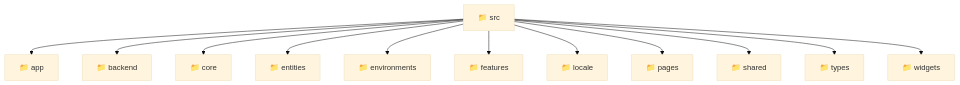
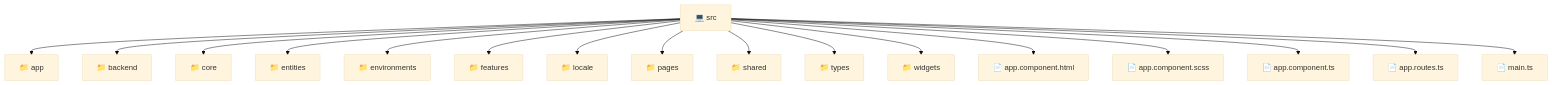
The diagram in frontend/src/README.md (beginwebdev2002/fullstack-mavluda), drawn with Mermaid (base theme) before and after one commit. The commit also changed other lines of this file and 157 other files, not shown here.

First line of the commit message:
docs: generate localized readmes for architectural transparency

````diff
--- a/frontend/src/README.md
+++ b/frontend/src/README.md
@@ -9,15 +9,20 @@
 ```mermaid
 graph TD
-  src["📁 src"]
-  src --> app["📁 app"]
-  src --> backend["📁 backend"]
-  src --> core["📁 core"]
-  src --> entities["📁 entities"]
-  src --> environments["📁 environments"]
-  src --> features["📁 features"]
-  src --> locale["📁 locale"]
-  src --> pages["📁 pages"]
-  src --> shared["📁 shared"]
-  src --> types["📁 types"]
-  src --> widgets["📁 widgets"]
+  src["💻 src"]
+  src --> src_app["📁 app"]
+  src --> src_backend["📁 backend"]
+  src --> src_core["📁 core"]
+  src --> src_entities["📁 entities"]
+  src --> src_environments["📁 environments"]
+  src --> src_features["📁 features"]
+  src --> src_locale["📁 locale"]
+  src --> src_pages["📁 pages"]
+  src --> src_shared["📁 shared"]
+  src --> src_types["📁 types"]
+  src --> src_widgets["📁 widgets"]
+  src --> src_app_component_html["📄 app.component.html"]
+  src --> src_app_component_scss["📄 app.component.scss"]
+  src --> src_app_component_ts["📄 app.component.ts"]
+  src --> src_app_routes_ts["📄 app.routes.ts"]
+  src --> src_main_ts["📄 main.ts"]
 ```
````
